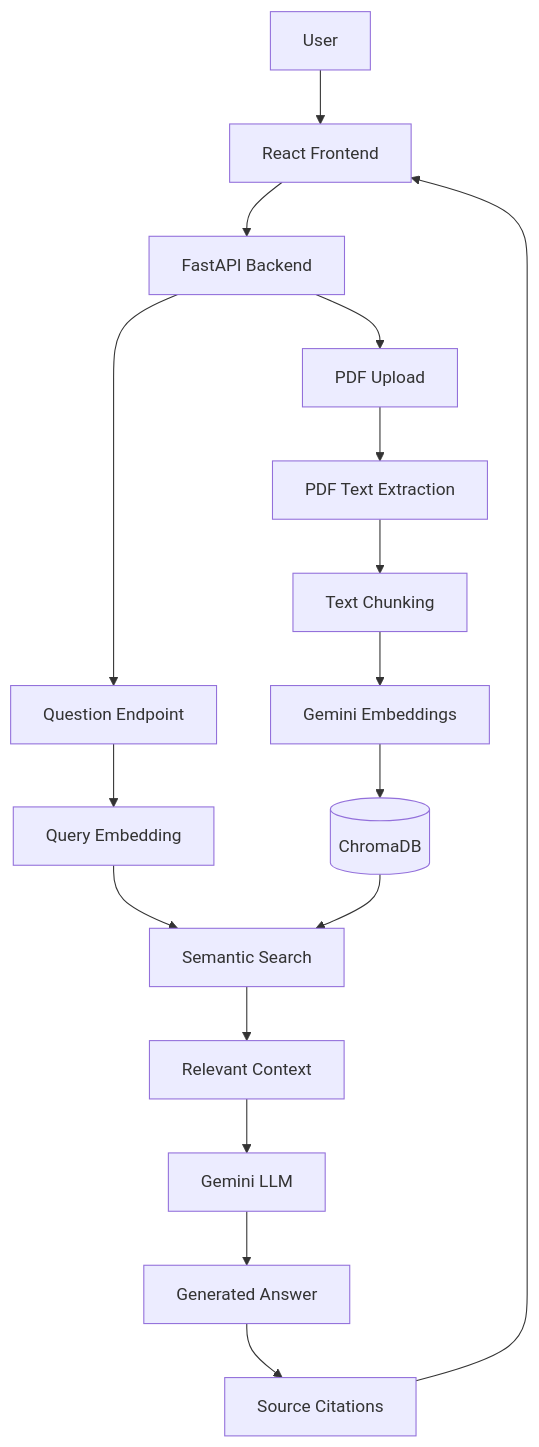
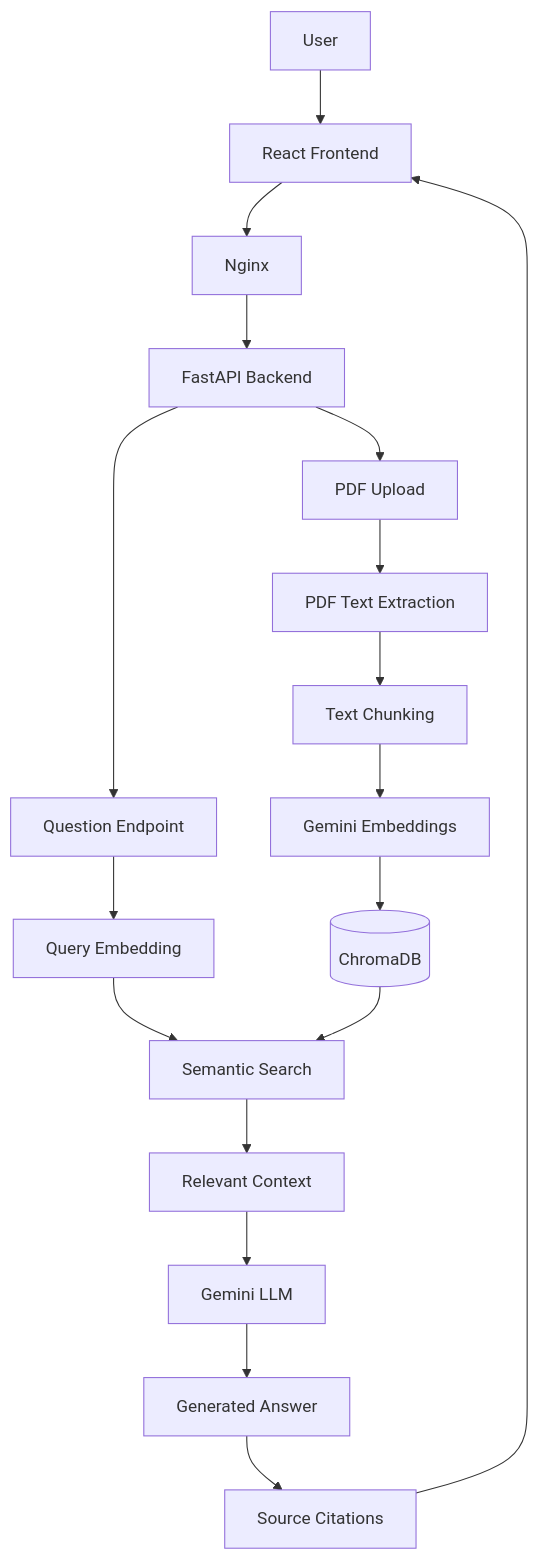
Before and after one commit to Shmoko-guwop/qa-system: the diagram in README.md, drawn with Mermaid. The commit also changed other lines of this file and 1 other file, not shown here.

````diff
--- a/README.md
+++ b/README.md
@@ -44,25 +49,24 @@
 ```mermaid
 flowchart TD
     A[User] --> B[React Frontend]
+    B --> C[Nginx]
+    C --> D[FastAPI Backend]
 
-    B --> C[FastAPI Backend]
+    D --> E[PDF Upload]
+    D --> F[Question Endpoint]
 
-    C --> D[PDF Upload]
-    C --> E[Question Endpoint]
+    E --> G[PDF Text Extraction]
+    G --> H[Text Chunking]
+    H --> I[Gemini Embeddings]
+    I --> J[(ChromaDB)]
 
-    D --> F[PDF Text Extraction]
-    F --> G[Text Chunking]
-    G --> H[Gemini Embeddings]
-    H --> I[(ChromaDB)]
+    F --> K[Query Embedding]
+    K --> L[Semantic Search]
+    J --> L
 
-    E --> J[Query Embedding]
-    J --> K[Semantic Search]
-    I --> K
-
-    K --> L[Relevant Context]
-    L --> M[Gemini LLM]
-    M --> N[Generated Answer]
-
-    N --> O[Source Citations]
-    O --> B
+    L --> M[Relevant Context]
+    M --> N[Gemini LLM]
+    N --> O[Generated Answer]
+    O --> P[Source Citations]
+    P --> B
 ```
````
